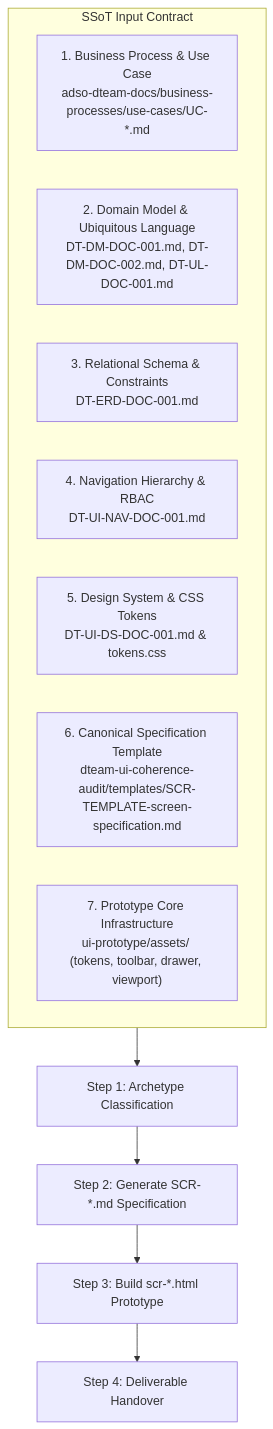
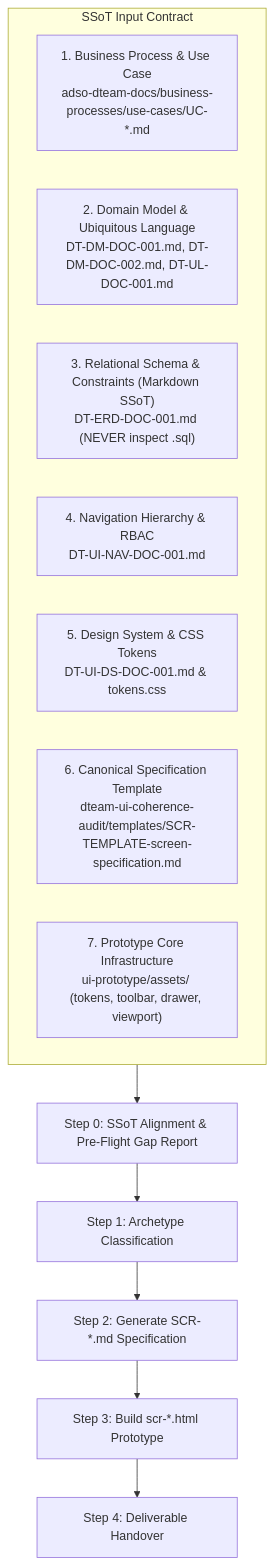
The diagram in .agents/skills/dteam-screen-scaffolder/SKILL.md (Novav20/adso-dteam-docs), drawn with Mermaid before and after one commit. The commit also changed other lines of this file, not shown here.

Commit message:
feat(skill): add Step 0 SSoT alignment and enforce DT-ERD-DOC-001.md as markdown relational truth

````diff
--- a/.agents/skills/dteam-screen-scaffolder/SKILL.md
+++ b/.agents/skills/dteam-screen-scaffolder/SKILL.md
@@ -22,17 +22,18 @@
 ```mermaid
 flowchart TD
     subgraph Inputs["SSoT Input Contract"]
         UC["1. Business Process & Use Case<br/>adso-dteam-docs/business-processes/use-cases/UC-*.md"]
         DM["2. Domain Model & Ubiquitous Language<br/>DT-DM-DOC-001.md, DT-DM-DOC-002.md, DT-UL-DOC-001.md"]
-        ERD["3. Relational Schema & Constraints<br/>DT-ERD-DOC-001.md"]
+        ERD["3. Relational Schema & Constraints (Markdown SSoT)<br/>DT-ERD-DOC-001.md (NEVER inspect .sql)"]
         NAV["4. Navigation Hierarchy & RBAC<br/>DT-UI-NAV-DOC-001.md"]
         DS["5. Design System & CSS Tokens<br/>DT-UI-DS-DOC-001.md & tokens.css"]
         TPL["6. Canonical Specification Template<br/>dteam-ui-coherence-audit/templates/SCR-TEMPLATE-screen-specification.md"]
         ASSETS["7. Prototype Core Infrastructure<br/>ui-prototype/assets/ (tokens, toolbar, drawer, viewport)"]
     end
 
-    Inputs --> Step1["Step 1: Archetype Classification"]
+    Inputs --> Step0["Step 0: SSoT Alignment & Pre-Flight Gap Report"]
+    Step0 --> Step1["Step 1: Archetype Classification"]
     Step1 --> Step2["Step 2: Generate SCR-*.md Specification"]
     Step2 --> Step3["Step 3: Build scr-*.html Prototype"]
     Step3 --> StepDone["Step 4: Deliverable Handover"]
 ```
````
